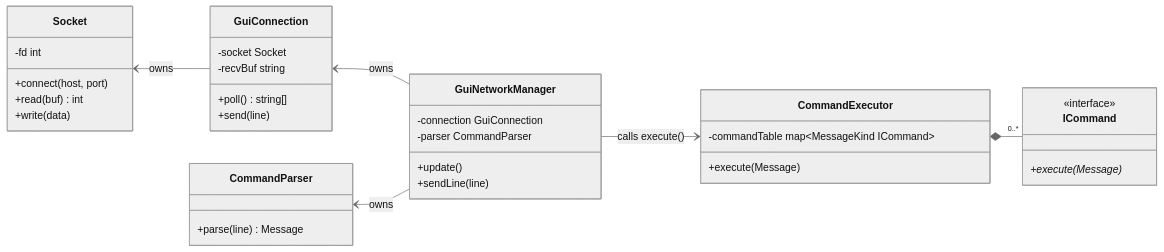
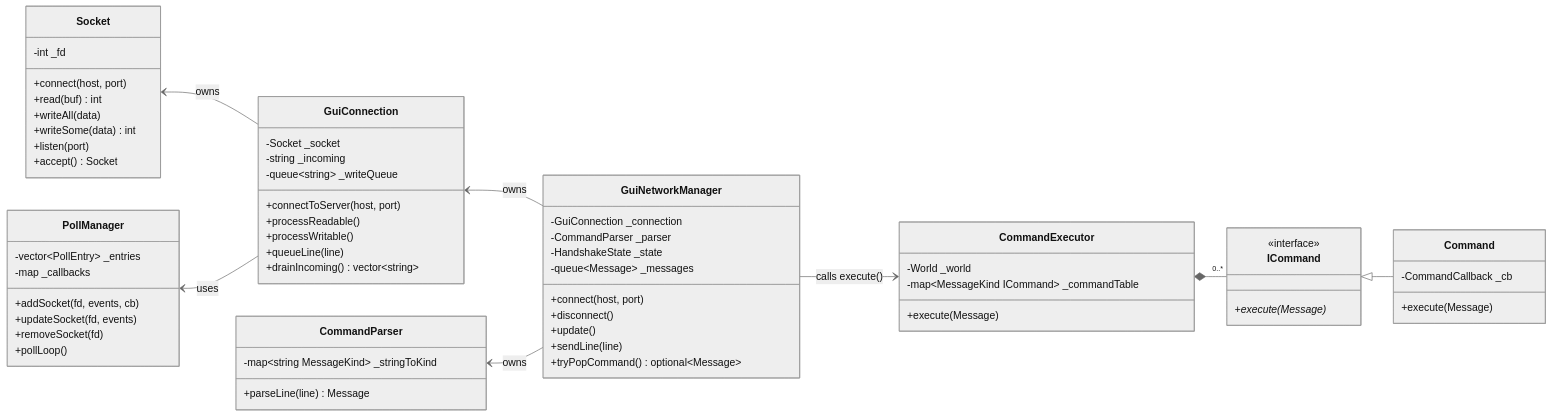
Before and after one commit to Saitamadupauvre/zappy: diagram 12 of 15 in gui/docs/CLASS_DIAGRAM.md, drawn with Mermaid (neutral theme). The commit also changed other lines of this file and 142 other files, not shown here.

````diff
--- a/gui/docs/CLASS_DIAGRAM.md
+++ b/gui/docs/CLASS_DIAGRAM.md
@@ -319,45 +1154,75 @@
 ```mermaid
 classDiagram
     direction LR
 
     class Socket {
-        -fd int
+        -int _fd
         +connect(host, port)
         +read(buf) int
-        +write(data)
+        +writeAll(data)
+        +writeSome(data) int
+        +listen(port)
+        +accept() Socket
+    }
+
+    class PollManager {
+        -vector~PollEntry~ _entries
+        -map _callbacks
+        +addSocket(fd, events, cb)
+        +updateSocket(fd, events)
+        +removeSocket(fd)
+        +pollLoop()
     }
 
     class GuiConnection {
-        -socket Socket
-        -recvBuf string
-        +poll() string[]
-        +send(line)
+        -Socket _socket
+        -string _incoming
+        -queue~string~ _writeQueue
+        +connectToServer(host, port)
+        +processReadable()
+        +processWritable()
+        +queueLine(line)
+        +drainIncoming() vector~string~
     }
 
     class GuiNetworkManager {
-        -connection GuiConnection
-        -parser CommandParser
+        -GuiConnection _connection
+        -CommandParser _parser
+        -HandshakeState _state
+        -queue~Message~ _messages
+        +connect(host, port)
+        +disconnect()
         +update()
         +sendLine(line)
+        +tryPopCommand() optional~Message~
     }
 
     class CommandParser {
-        +parse(line) Message
+        -map~string MessageKind~ _stringToKind
+        +parseLine(line) Message
     }
 
     class CommandExecutor {
-        -commandTable map~MessageKind ICommand~
+        -World _world
+        -map~MessageKind ICommand~ _commandTable
         +execute(Message)
     }
 
     class ICommand {
         <<interface>>
         +execute(Message)*
     }
 
+    class Command {
+        -CommandCallback _cb
+        +execute(Message)
+    }
+
     Socket <-- GuiConnection : owns
+    PollManager <-- GuiConnection : uses
     GuiConnection <-- GuiNetworkManager : owns
     CommandParser <-- GuiNetworkManager : owns
     GuiNetworkManager --> CommandExecutor : calls execute()
     CommandExecutor *-- "0..*" ICommand
+    ICommand <|-- Command
 ```
````
